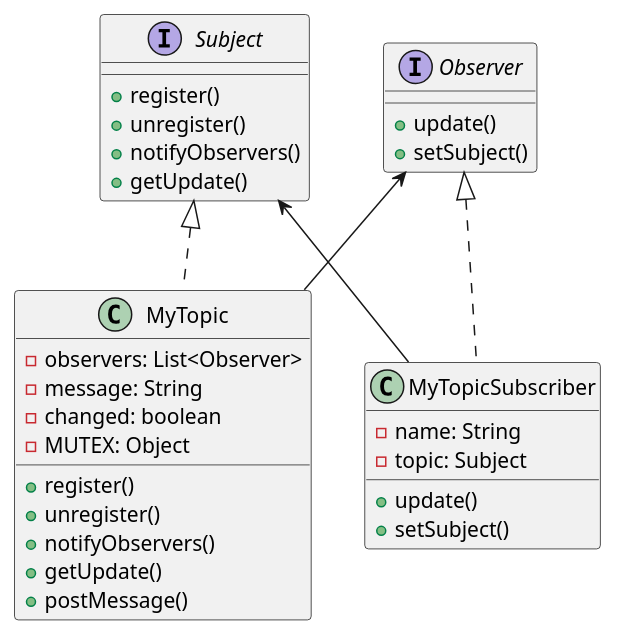
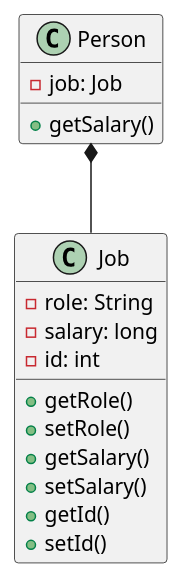
One commit to afmoyar/Java-Documentator changed the diagram in Java-documentator/Documentation/Class_diagram.puml. Above: the diagram before and after it, drawn with PlantUML. The commit also changed 9 other files, not shown here.

```diff
--- a/Java-documentator/Documentation/Class_diagram.puml
+++ b/Java-documentator/Documentation/Class_diagram.puml
@@ -1,33 +1,18 @@
 @startuml
-Interface Subject{
-	+register()
-	+unregister()
-	+notifyObservers()
-	+getUpdate()
+class Job{
+	-role: String
+	-salary: long
+	-id: int
+	+getRole()
+	+setRole()
+	+getSalary()
+	+setSalary()
+	+getId()
+	+setId()
 }
-Interface Observer{
-	+update()
-	+setSubject()
+class Person{
+	-job: Job
+	+getSalary()
 }
-class MyTopic{
-	-observers: List<Observer>
-	-message: String
-	-changed: boolean
-	-MUTEX: Object
-	+register()
-	+unregister()
-	+notifyObservers()
-	+getUpdate()
-	+postMessage()
-}
-class MyTopicSubscriber{
-	-name: String
-	-topic: Subject
-	+update()
-	+setSubject()
-}
-MyTopicSubscriber -up-> Subject
-MyTopicSubscriber .up.|> Observer
-MyTopic -up-> Observer
-MyTopic .up.|> Subject
+Person *-- Job
 @enduml
```
